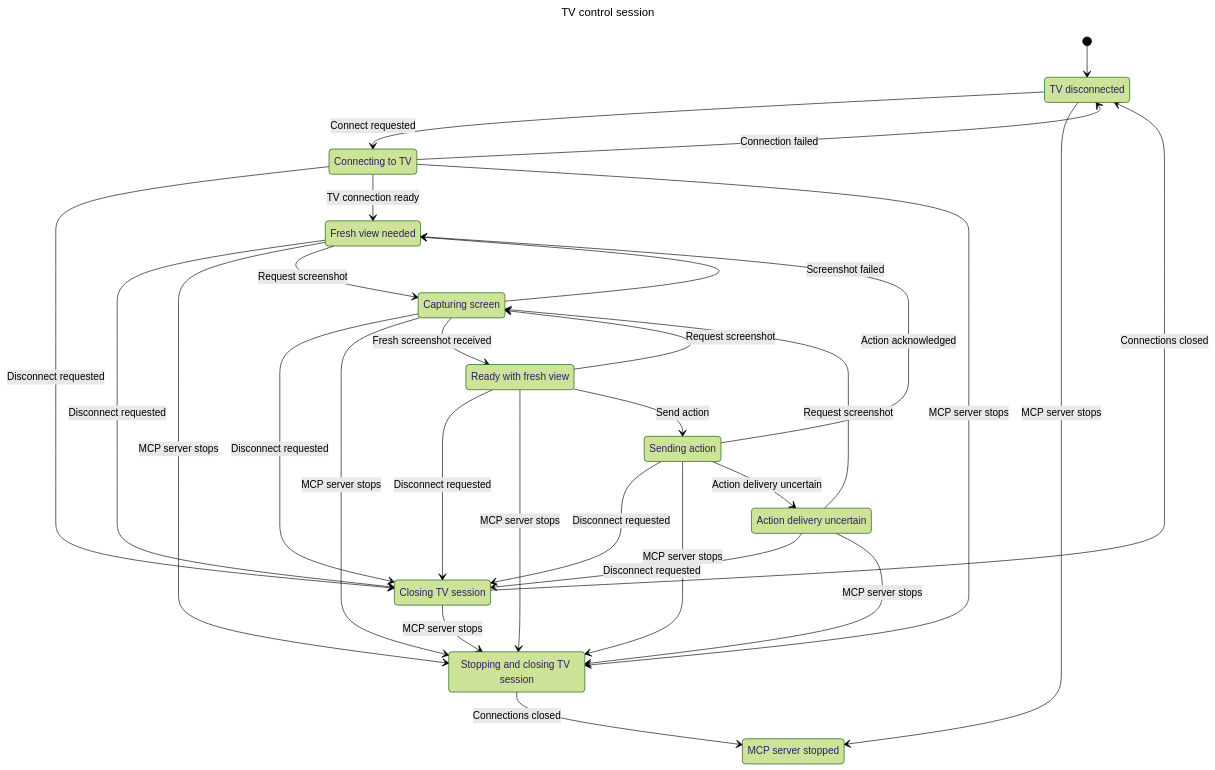
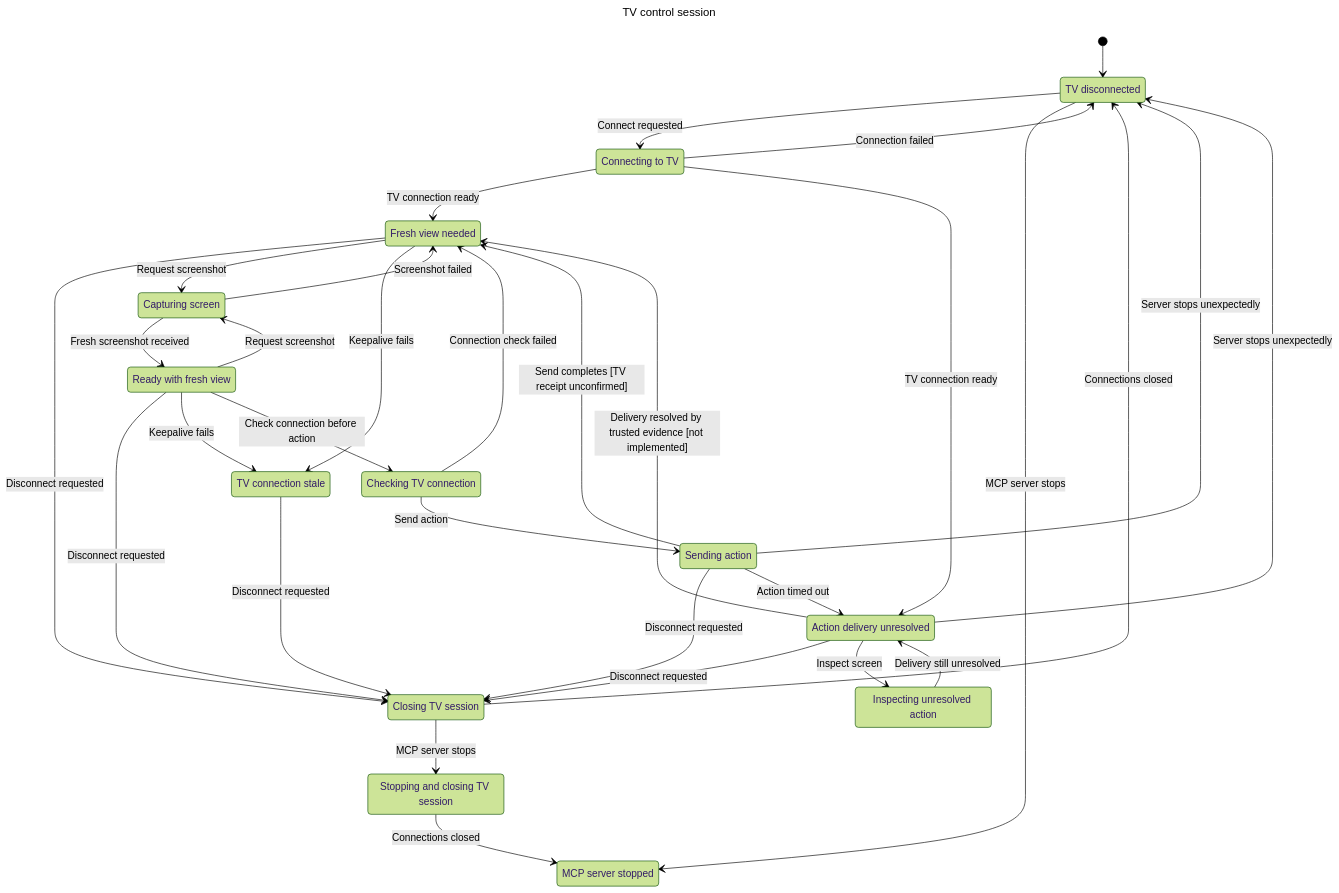
Before and after one commit to nu-sync/webos-mcp: the diagram in statechart/chart.mmd, drawn with Mermaid (forest theme). The commit also changed 60 other files, not shown here.

```diff
--- a/statechart/chart.mmd
+++ b/statechart/chart.mmd
@@ -1,42 +1,47 @@
 ---
 title: "TV control session"
 ---
 stateDiagram-v2
   s0: TV disconnected
   s1: Connecting to TV
   s2: MCP server stopped
   s3: Closing TV session
   s4: Fresh view needed
   s5: Stopping and closing TV session
   s6: Capturing screen
-  s7: Ready with fresh view
-  s8: Sending action
-  s9: Action delivery uncertain
+  s7: TV connection stale
+  s8: Ready with fresh view
+  s9: Checking TV connection
+  s10: Sending action
+  s11: Action delivery unresolved
+  s12: Inspecting unresolved action
   [*] --> s0
   s0 --> s1: Connect requested
   s0 --> s2: MCP server stops
   s1 --> s0: Connection failed
-  s1 --> s3: Disconnect requested
   s1 --> s4: TV connection ready
-  s1 --> s5: MCP server stops
   s3 --> s0: Connections closed
   s3 --> s5: MCP server stops
   s4 --> s3: Disconnect requested
-  s4 --> s5: MCP server stops
   s4 --> s6: Request screenshot
+  s4 --> s7: Keepalive fails
   s5 --> s2: Connections closed
-  s6 --> s3: Disconnect requested
-  s6 --> s5: MCP server stops
   s6 --> s4: Screenshot failed
-  s6 --> s7: Fresh screenshot received
+  s6 --> s8: Fresh screenshot received
   s7 --> s3: Disconnect requested
-  s7 --> s5: MCP server stops
-  s7 --> s6: Request screenshot
-  s7 --> s8: Send action
   s8 --> s3: Disconnect requested
-  s8 --> s4: Action acknowledged
-  s8 --> s5: MCP server stops
-  s8 --> s9: Action delivery uncertain
-  s9 --> s3: Disconnect requested
-  s9 --> s5: MCP server stops
-  s9 --> s6: Request screenshot
+  s8 --> s6: Request screenshot
+  s8 --> s7: Keepalive fails
+  s8 --> s9: Check connection before action
+  s9 --> s4: Connection check failed
+  s9 --> s10: Send action
+  s10 --> s4: Send completes [TV receipt unconfirmed]
+  s10 --> s3: Disconnect requested
+  s10 --> s0: Server stops unexpectedly
+  s10 --> s11: Action timed out
+  s11 --> s4: Delivery resolved by trusted evidence [not implemented]
+  s11 --> s3: Disconnect requested
+  s11 --> s0: Server stops unexpectedly
+  s11 --> s12: Inspect screen
+  s1 --> s11: TV connection ready
+  s12 --> s11: Delivery still unresolved
```
